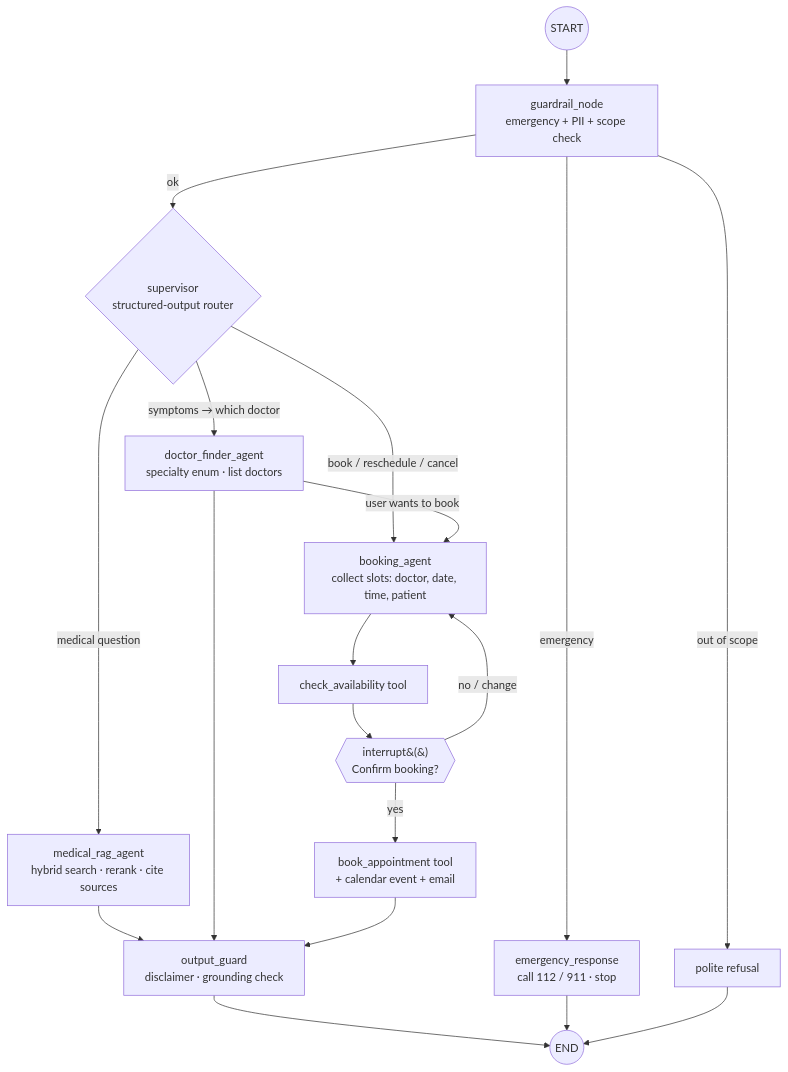
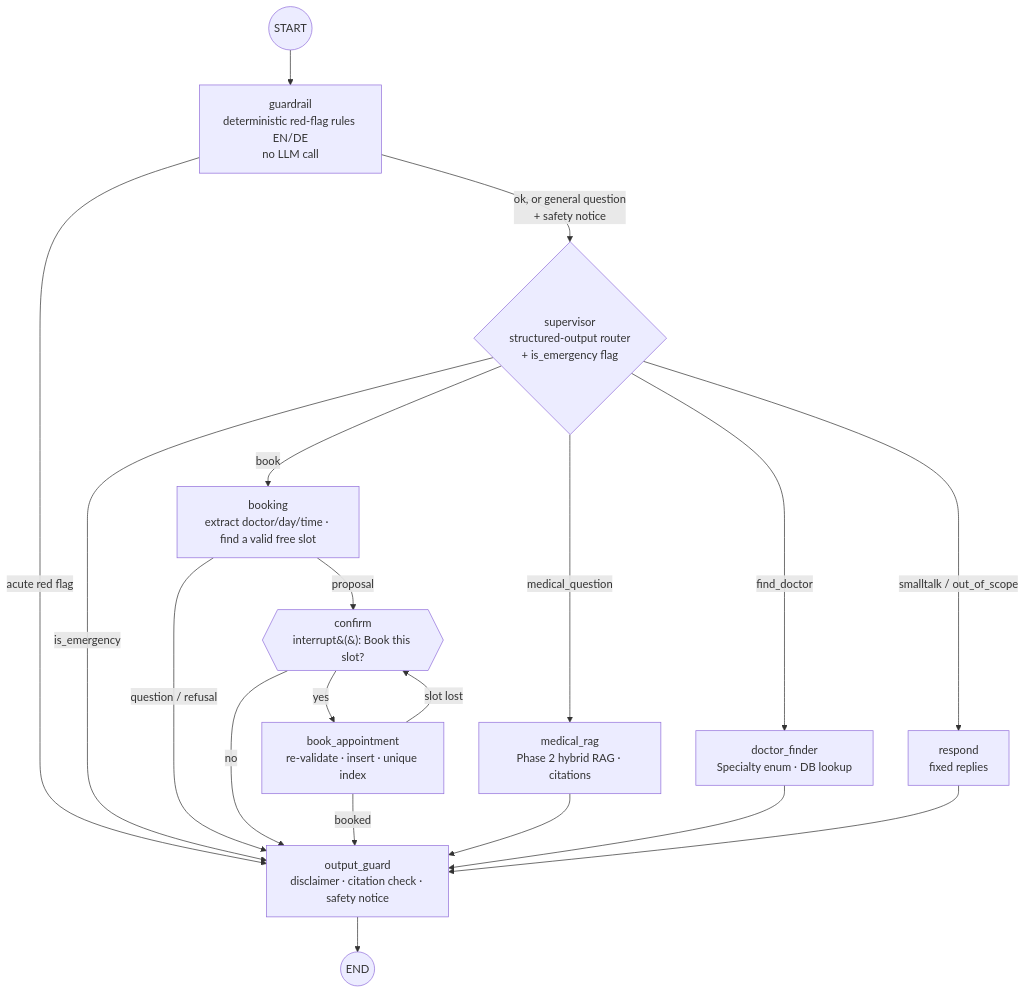
The second of 5 diagrams in docs/ARCHITECTURE.md (KeertiPremGadde/agentic-healthcare-assistant), drawn with Mermaid before and after one commit. The commit also changed other lines of this file and 42 other files, not shown here.

First line of the commit message:
feat: Phase 3 multi-agent graph with HITL booking (#10)

````diff
--- a/docs/ARCHITECTURE.md
+++ b/docs/ARCHITECTURE.md
@@ -27,21 +27,21 @@
 ```mermaid
 flowchart TD
-    START((START)) --> GR[guardrail_node<br/>emergency + PII + scope check]
-    GR -->|emergency| EM[emergency_response<br/>call 112 / 911 · stop]
-    GR -->|out of scope| OOS[polite refusal]
-    GR -->|ok| SUP{supervisor<br/>structured-output router}
-    SUP -->|medical question| RAG[medical_rag_agent<br/>hybrid search · rerank · cite sources]
-    SUP -->|symptoms → which doctor| DF[doctor_finder_agent<br/>specialty enum · list doctors]
-    SUP -->|book / reschedule / cancel| BK[booking_agent<br/>collect slots: doctor, date, time, patient]
-    DF -->|user wants to book| BK
-    BK --> AV[check_availability tool]
-    AV --> HITL{{interrupt&#40;&#41;<br/>Confirm booking?}}
-    HITL -->|yes| BOOK[book_appointment tool<br/>+ calendar event + email]
-    HITL -->|no / change| BK
-    RAG --> OUT[output_guard<br/>disclaimer · grounding check]
+    START((START)) --> GR[guardrail<br/>deterministic red-flag rules EN/DE<br/>no LLM call]
+    GR -->|acute red flag| OUT
+    GR -->|ok, or general question<br/>+ safety notice| SUP{supervisor<br/>structured-output router<br/>+ is_emergency flag}
+    SUP -->|is_emergency| OUT
+    SUP -->|medical_question| RAG[medical_rag<br/>Phase 2 hybrid RAG · citations]
+    SUP -->|find_doctor| DF[doctor_finder<br/>Specialty enum · DB lookup]
+    SUP -->|book| BK[booking<br/>extract doctor/day/time · find a valid free slot]
+    SUP -->|smalltalk / out_of_scope| RS[respond<br/>fixed replies]
+    BK -->|proposal| HITL{{confirm<br/>interrupt&#40;&#41;: Book this slot?}}
+    BK -->|question / refusal| OUT
+    HITL -->|yes| BOOK[book_appointment<br/>re-validate · insert · unique index]
+    HITL -->|no| OUT
+    BOOK -->|slot lost| HITL
+    BOOK -->|booked| OUT
+    RAG --> OUT[output_guard<br/>disclaimer · citation check · safety notice]
     DF --> OUT
-    BOOK --> OUT
+    RS --> OUT
     OUT --> END((END))
-    EM --> END
-    OOS --> END
 ```
````
